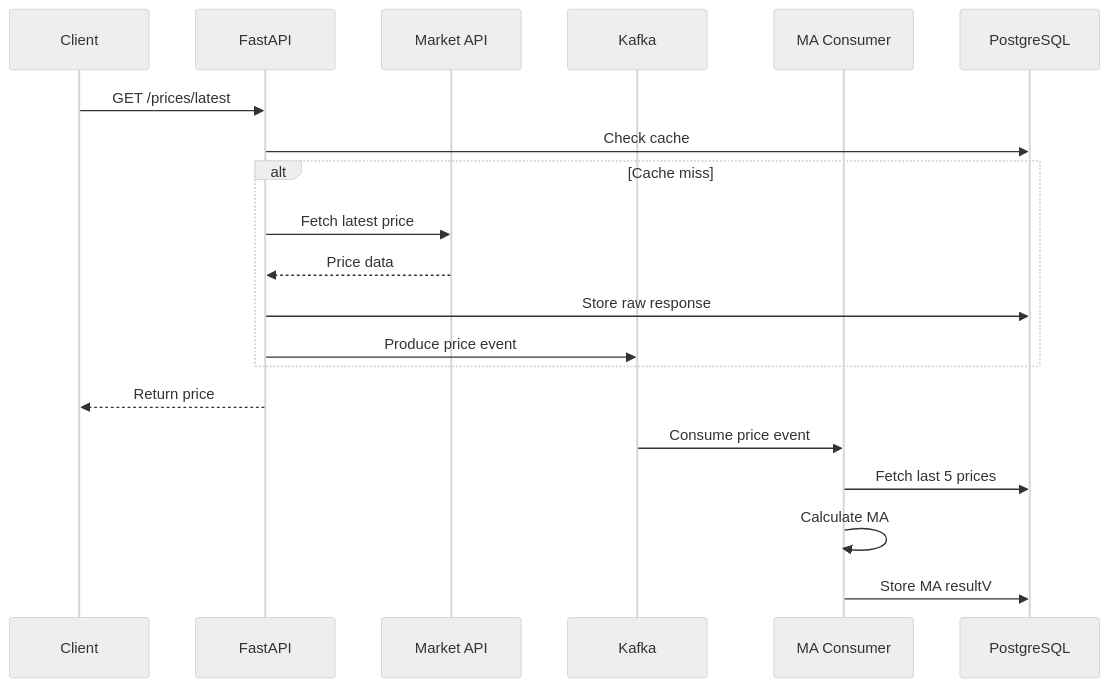
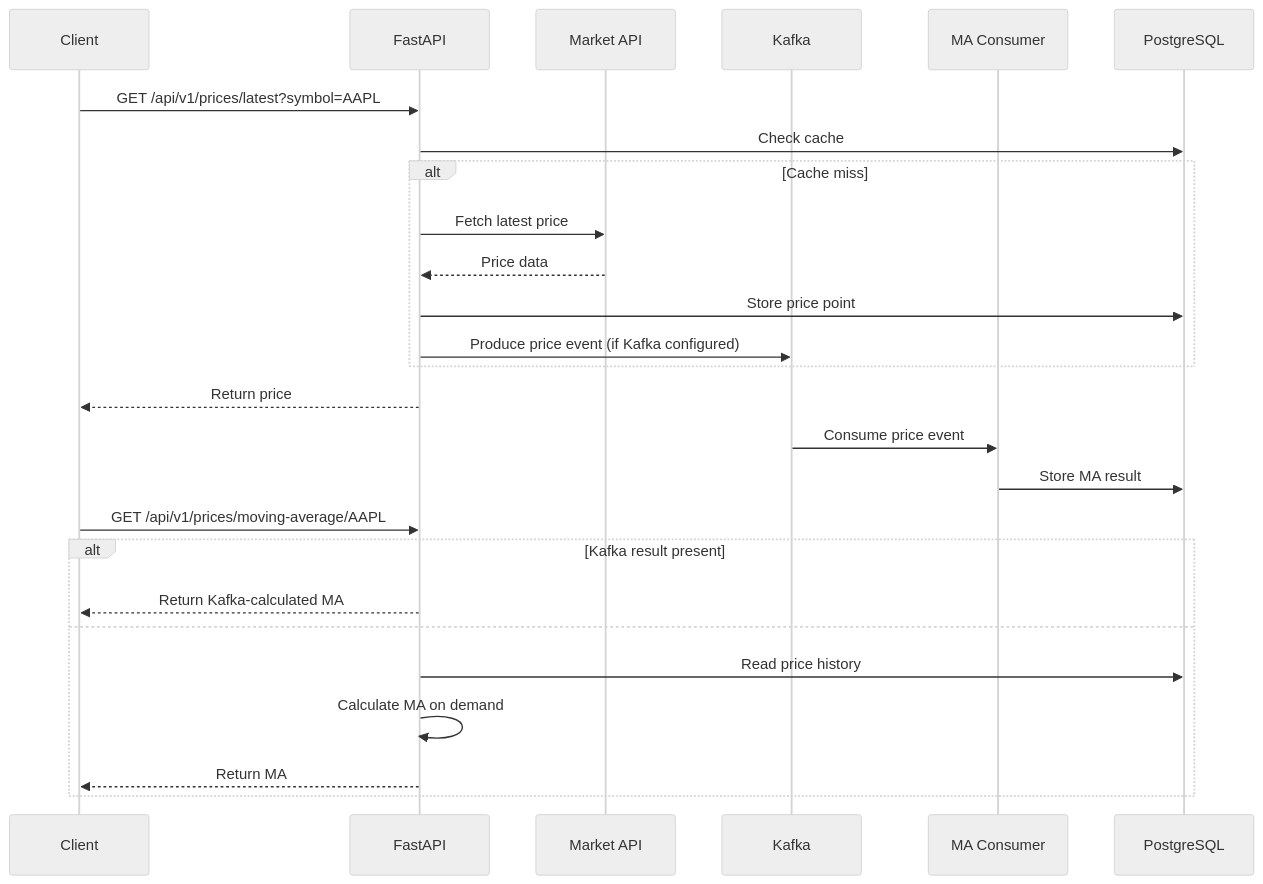
One commit to Vrajesh-works/Market-Data-Service changed the second of 2 diagrams in README.md. Above: the diagram before and after it, drawn with Mermaid (neutral theme). The commit also changed other lines of this file, not shown here.

Commit message:
Rewrite README: live demo links, Yahoo default, Kafka optional, CI badges

````diff
--- a/README.md
+++ b/README.md
@@ -59,24 +74,31 @@
 ```mermaid
 sequenceDiagram
     participant C as Client
     participant A as FastAPI
     participant M as Market API
     participant K as Kafka
     participant MA as MA Consumer
     participant DB as PostgreSQL
-    
-    C->>A: GET /prices/latest
+
+    C->>A: GET /api/v1/prices/latest?symbol=AAPL
     A->>DB: Check cache
     alt Cache miss
         A->>M: Fetch latest price
         M-->>A: Price data
-        A->>DB: Store raw response
-        A->>K: Produce price event
+        A->>DB: Store price point
+        A->>K: Produce price event (if Kafka configured)
     end
     A-->>C: Return price
-    
+
     K->>MA: Consume price event
-    MA->>DB: Fetch last 5 prices
-    MA->>MA: Calculate MA
-    MA->>DB: Store MA resultV
+    MA->>DB: Store MA result
+
+    C->>A: GET /api/v1/prices/moving-average/AAPL
+    alt Kafka result present
+        A-->>C: Return Kafka-calculated MA
+    else
+        A->>DB: Read price history
+        A->>A: Calculate MA on demand
+        A-->>C: Return MA
+    end
 ```
````
